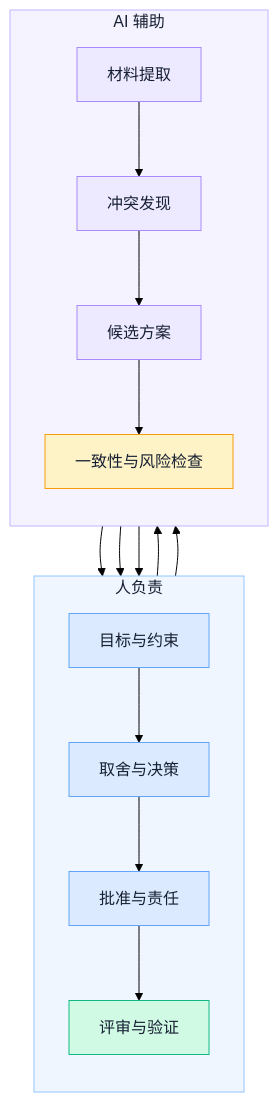
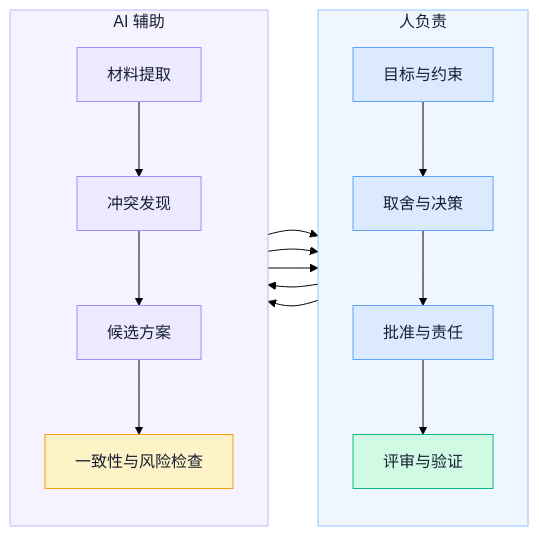
Before and after one commit to ink-hz/AI-Agent-Platform: the second of 2 diagrams in backend/app/ai_notes/content/05-thinking-and-methods/01-ai-native-architecture-design.md, drawn with Mermaid (forest theme). The commit also changed other lines of this file and 3 other files, not shown here.

Commit message:
content: refine Mermaid diagrams for continuous reading

````diff
--- a/backend/app/ai_notes/content/05-thinking-and-methods/01-ai-native-architecture-design.md
+++ b/backend/app/ai_notes/content/05-thinking-and-methods/01-ai-native-architecture-design.md
@@ -63,31 +66,34 @@
 ```mermaid
-flowchart TB
+flowchart LR
+    accTitle: 人与 AI 的架构责任边界
+    accDescr: 人负责目标、取舍、批准和最终验证，AI 辅助材料提取、冲突发现、候选方案和一致性检查。
+
     subgraph HUMAN["人负责"]
         direction TB
         H1["目标与约束"] --> H2["取舍与决策"] --> H3["批准与责任"] --> H4["评审与验证"]
     end
 
     subgraph AI["AI 辅助"]
         direction TB
         A1["材料提取"] --> A2["冲突发现"] --> A3["候选方案"] --> A4["一致性与风险检查"]
     end
 
     H1 --> A1
     A2 --> H2
     A3 --> H2
     H2 --> A4
     A4 --> H3
 
     classDef input fill:#DBEAFE,stroke:#60A5FA,color:#172033
     classDef model fill:#EDE9FE,stroke:#A78BFA,color:#172033
     classDef data fill:#CCFBF1,stroke:#5EEAD4,color:#172033
     classDef policy fill:#FEF3C7,stroke:#F59E0B,color:#172033
     classDef success fill:#D1FAE5,stroke:#10B981,color:#172033
 
     class H1,H2,H3 input
     class H4 success
     class A1,A2,A3 model
     class A4 policy
     style HUMAN fill:#EFF6FF,stroke:#93C5FD,color:#172033
     style AI fill:#F5F3FF,stroke:#C4B5FD,color:#172033
 ```
````
